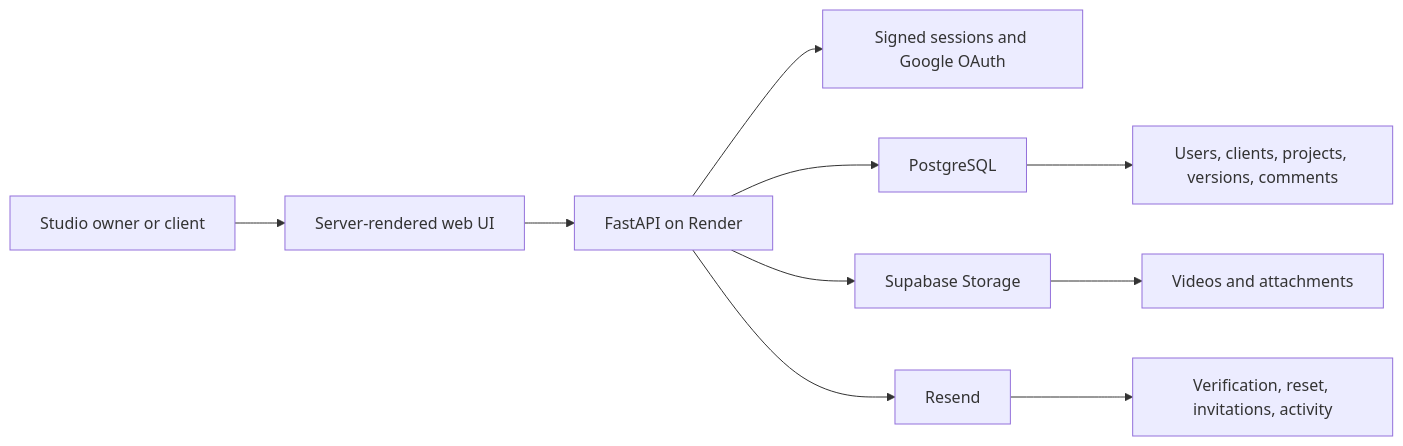
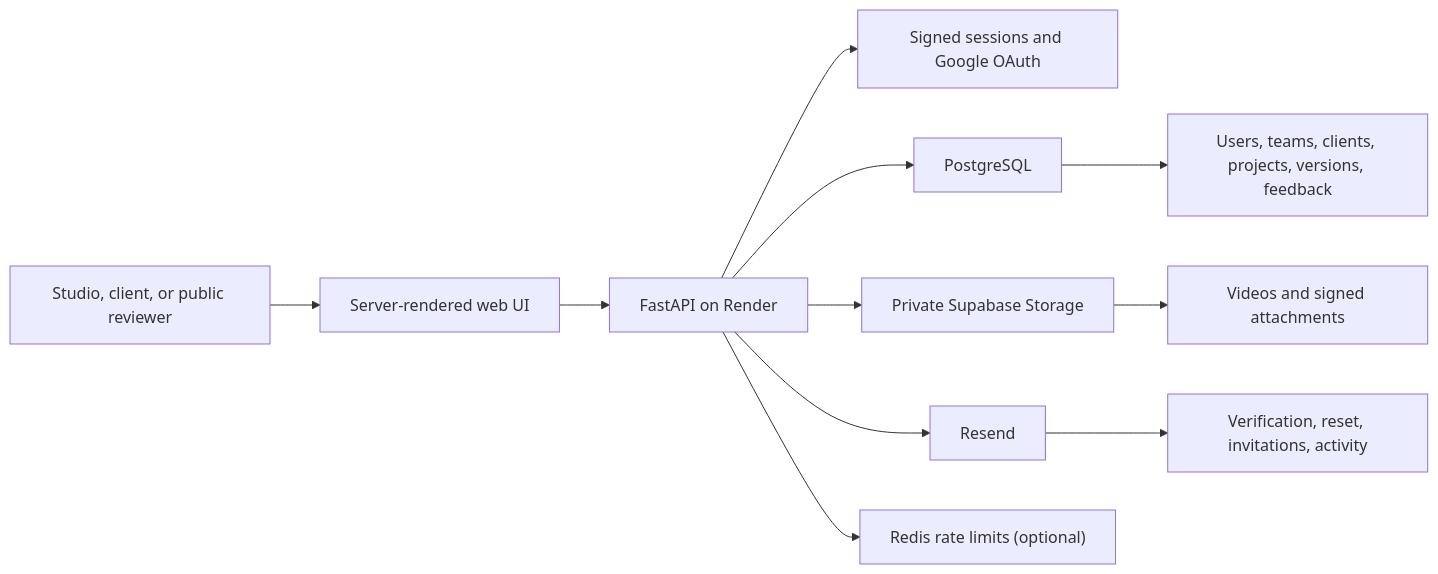
One commit to melody940504-ai/clientflow changed the diagram in README.md. Above: the diagram before and after it, drawn with Mermaid. The commit also changed other lines of this file and 4 other files, not shown here.

````diff
--- a/README.md
+++ b/README.md
@@ -54,13 +63,14 @@
 ```mermaid
 flowchart LR
-    Visitor["Studio owner or client"] --> Browser["Server-rendered web UI"]
+    Visitor["Studio, client, or public reviewer"] --> Browser["Server-rendered web UI"]
     Browser --> App["FastAPI on Render"]
     App --> Auth["Signed sessions and Google OAuth"]
     App --> DB["PostgreSQL"]
-    App --> Storage["Supabase Storage"]
+    App --> Storage["Private Supabase Storage"]
     App --> Email["Resend"]
+    App --> Cache["Redis rate limits (optional)"]
 
-    DB --> Records["Users, clients, projects, versions, comments"]
-    Storage --> Assets["Videos and attachments"]
+    DB --> Records["Users, teams, clients, projects, versions, feedback"]
+    Storage --> Assets["Videos and signed attachments"]
     Email --> Messages["Verification, reset, invitations, activity"]
 ```
````
